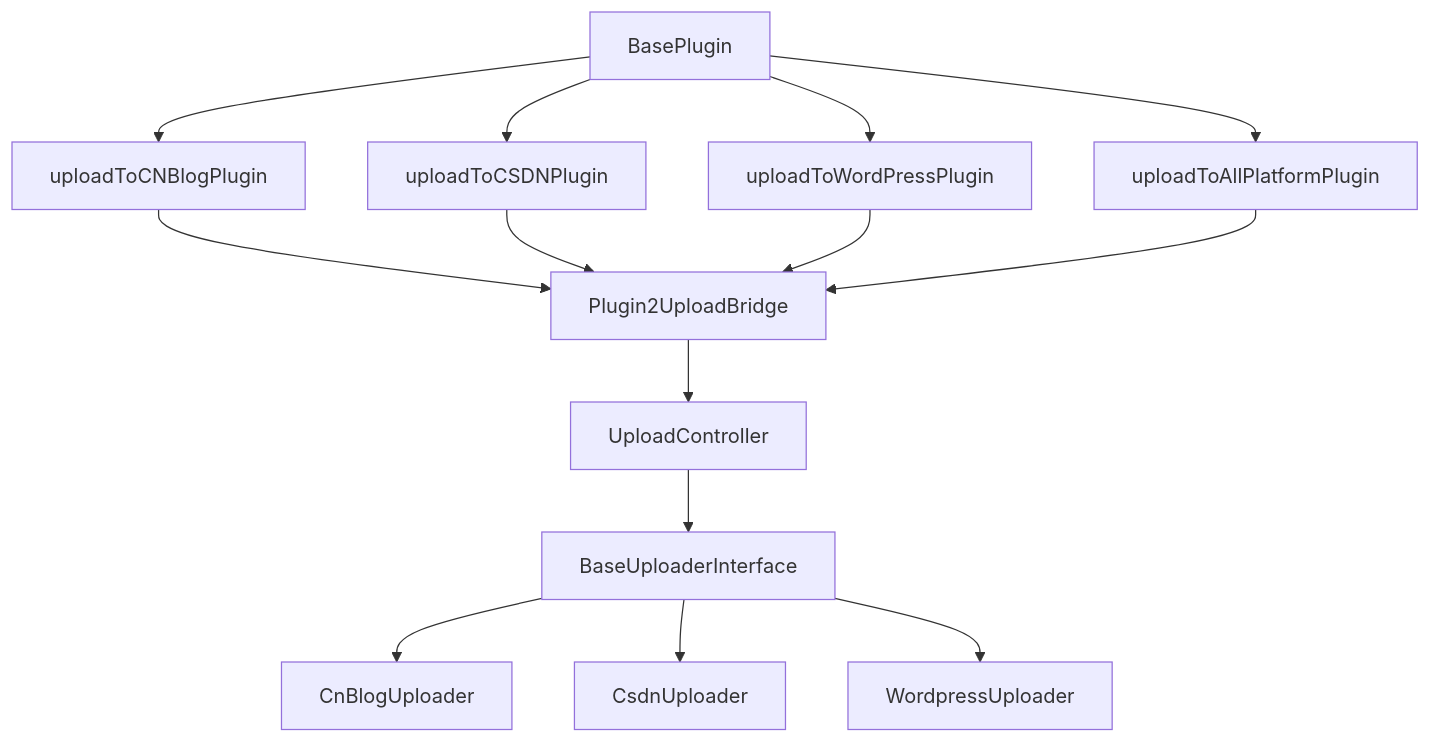
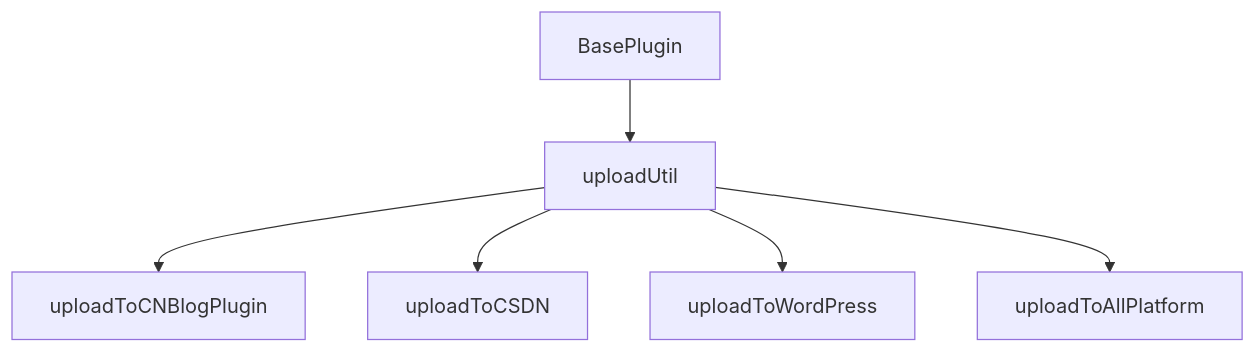
One commit to obgnail/typora_plugin changed the first of 2 diagrams in plugin/uploadArticle/请读我.md. Above: the diagram before and after it, drawn with Mermaid. The commit also changed other lines of this file and 3 other files, not shown here.

Commit message:
add plugin doc & update upload plugin config

````diff
--- a/plugin/uploadArticle/请读我.md
+++ b/plugin/uploadArticle/请读我.md
@@ -99,18 +126,8 @@
 ```mermaid
 graph TD
-    B[BasePlugin]
+    A[BasePlugin] --> B[uploadUtil]
     B --> C[uploadToCNBlogPlugin]
-    B --> D[uploadToCSDNPlugin]
-    B --> E[uploadToWordPressPlugin]
-    B --> F[uploadToAllPlatformPlugin]
-    C --> G[Plugin2UploadBridge]
-    D --> G[Plugin2UploadBridge]
-    E --> G[Plugin2UploadBridge]
-    F --> G[Plugin2UploadBridge]
-    G --> H[UploadController]
-    H --> I[BaseUploaderInterface]
-    I --> J[CnBlogUploader]
-    I --> K[CsdnUploader]
-    I --> L[WordpressUploader]
-    
+    B --> D[uploadToCSDN]
+    B --> E[uploadToWordPress]
+    B --> F[uploadToAllPlatform]
 ```
````
